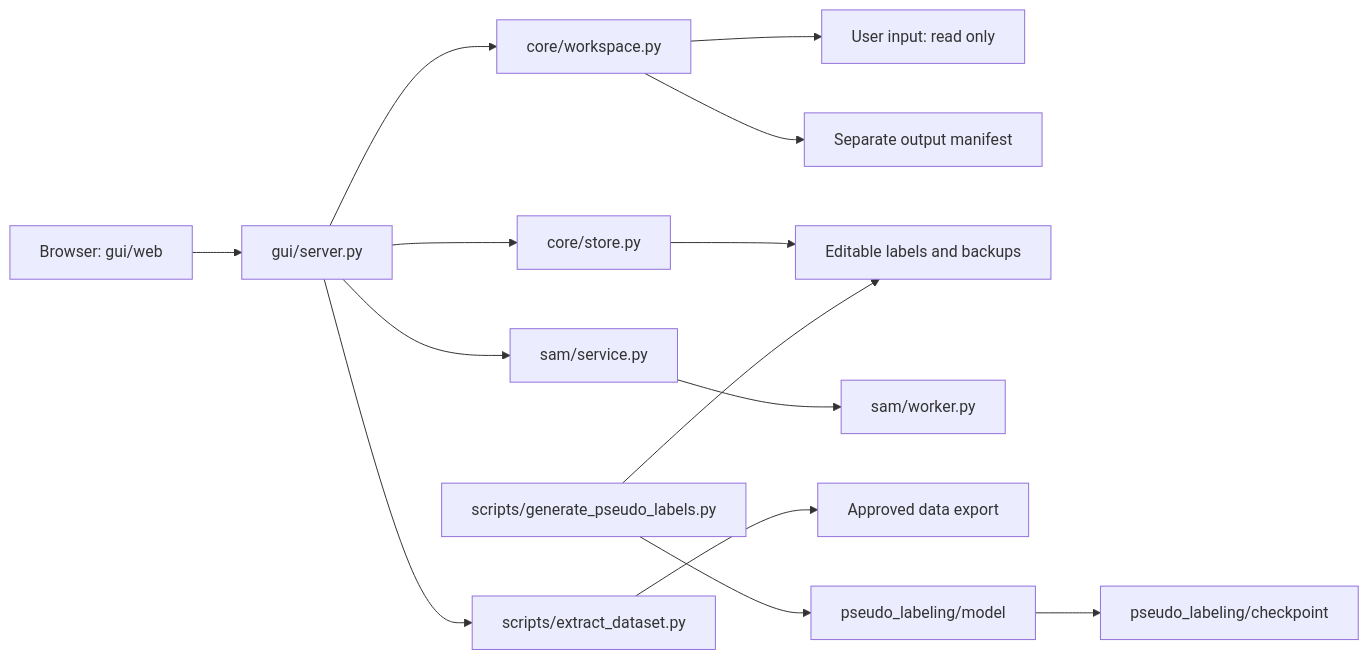
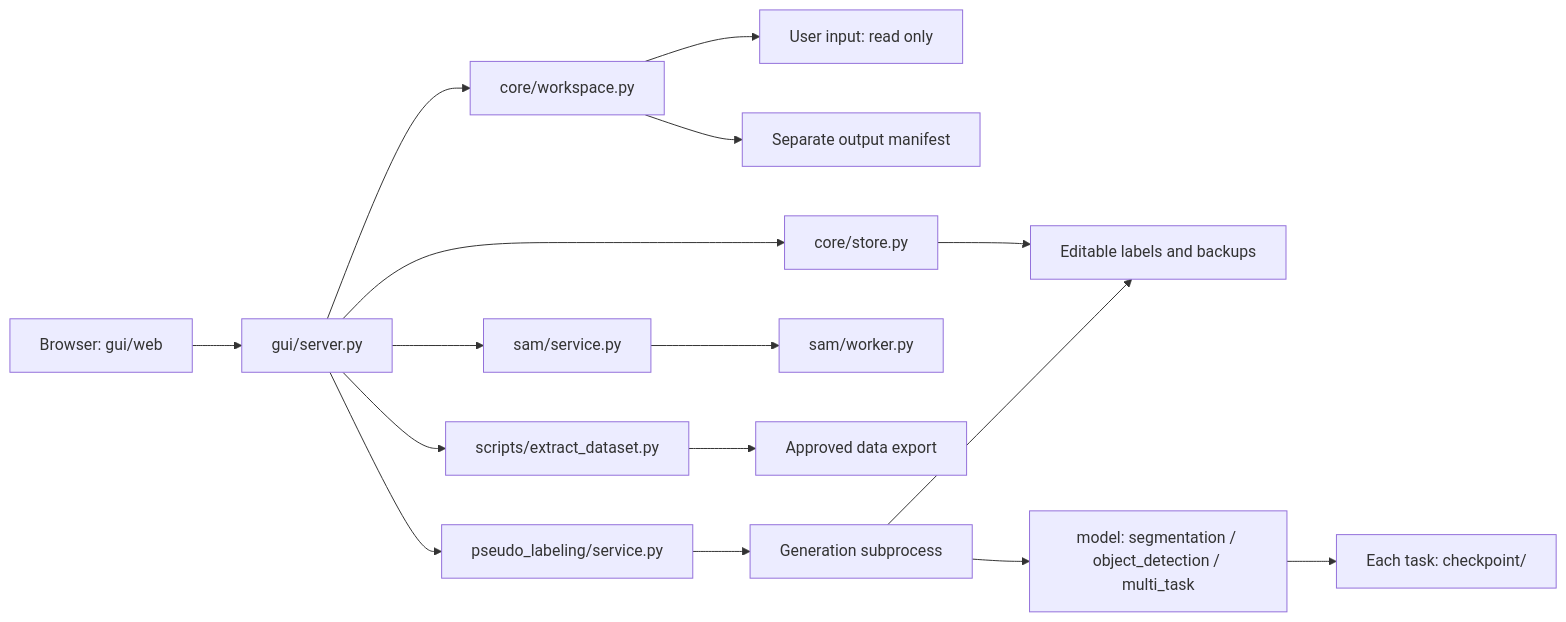
One commit to Jmyeong/Multi-Task-Labeling-Tool changed the diagram in docs/STRUCTURE.md. Above: the diagram before and after it, drawn with Mermaid. The commit also changed other lines of this file and 34 other files, not shown here.

Commit message:
Add task-specific pseudo-label models and GUI generation jobs

````diff
--- a/docs/STRUCTURE.md
+++ b/docs/STRUCTURE.md
@@ -5,16 +5,18 @@
 ```mermaid
 flowchart LR
     B[Browser: gui/web] --> H[gui/server.py]
     H --> W[core/workspace.py]
     W --> I[User input: read only]
     W --> O[Separate output manifest]
     H --> R[core/store.py]
     R --> L[Editable labels and backups]
     H --> S[sam/service.py]
     S --> SW[sam/worker.py]
     H --> E[scripts/extract_dataset.py]
     E --> X[Approved data export]
-    P[scripts/generate_pseudo_labels.py] --> M[pseudo_labeling/model]
-    M --> C[pseudo_labeling/checkpoint]
+    H --> J[pseudo_labeling/service.py]
+    J --> P[Generation subprocess]
+    P --> M[model: segmentation / object_detection / multi_task]
+    M --> C[Each task: checkpoint/]
     P --> L
 ```
````
